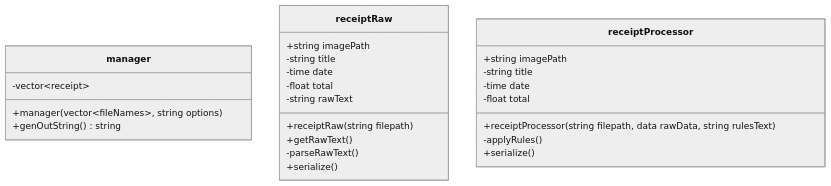
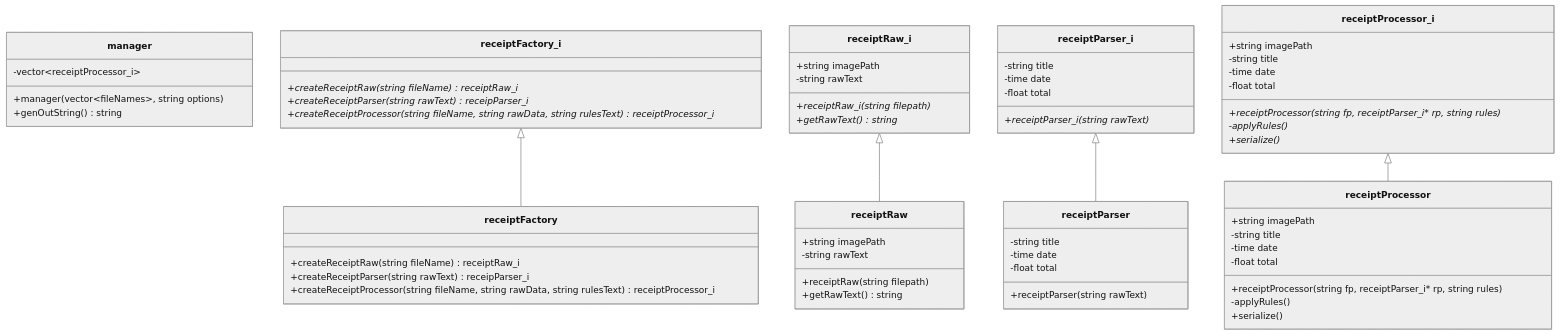
Before and after one commit to DJTakushi/receiptReader: the first of 2 diagrams in README.md, drawn with Mermaid (neutral theme). The commit also changed other lines of this file, not shown here.

Commit message:
divide responsibilities, improve docs

````diff
--- a/README.md
+++ b/README.md
@@ -57,29 +59,67 @@
 ```mermaid
 classDiagram
 class manager{
-  -vector~receipt~
+  -vector~receiptProcessor_i~
   +manager(vector~fileNames~, string options)
   +genOutString() string
 }
+
+receiptFactory_i <|-- receiptFactory
+class receiptFactory_i{
+  +createReceiptRaw(string fileName)* receiptRaw_i
+  +createReceiptParser(string rawText)* receipParser_i
+  +createReceiptProcessor(string fileName, string rawData, string rulesText)* receiptProcessor_i
+}
+class receiptFactory{
+  +createReceiptRaw(string fileName) receiptRaw_i
+  +createReceiptParser(string rawText) receipParser_i
+  +createReceiptProcessor(string fileName, string rawData, string rulesText) receiptProcessor_i
+}
+receiptRaw_i <|-- receiptRaw
+class receiptRaw_i{
+  +string imagePath
+  -string rawText
+  +receiptRaw_i(string filepath)*
+  +getRawText()* string
+}
 class receiptRaw{
   +string imagePath
+  -string rawText
+  +receiptRaw(string filepath)
+  +getRawText() string
+}
+
+receiptParser_i <|-- receiptParser
+class receiptParser_i{
   -string title
   -time date
   -float total
-  -string rawText
-  +receiptRaw(string filepath)
-  +getRawText()
-  -parseRawText()
-  +serialize()
+  +receiptParser_i(string rawText)*
 }
+class receiptParser{
+  -string title
+  -time date
+  -float total
+  +receiptParser(string rawText)
+}
+
+receiptProcessor_i <|-- receiptProcessor
 class receiptProcessor{
   +string imagePath
   -string title
   -time date
   -float total
-
-  +receiptProcessor(string filepath, data rawData, string rulesText)
+  +receiptProcessor(string fp, receiptParser_i* rp, string rules)
   -applyRules()
   +serialize()
 }
+class receiptProcessor_i{
+  +string imagePath
+  -string title
+  -time date
+  -float total
+  +receiptProcessor(string fp, receiptParser_i* rp, string rules)*
+  -applyRules()*
+  +serialize()*
+}
 ```
````
